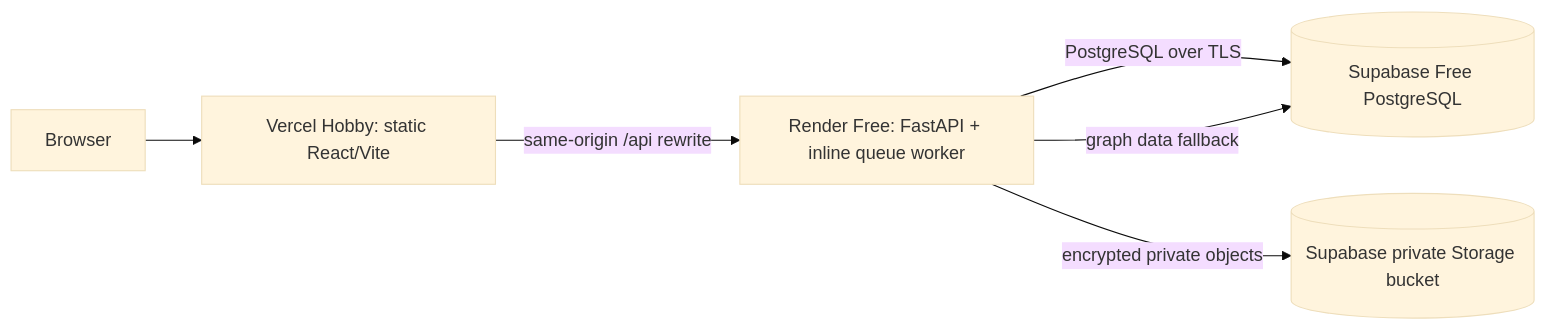
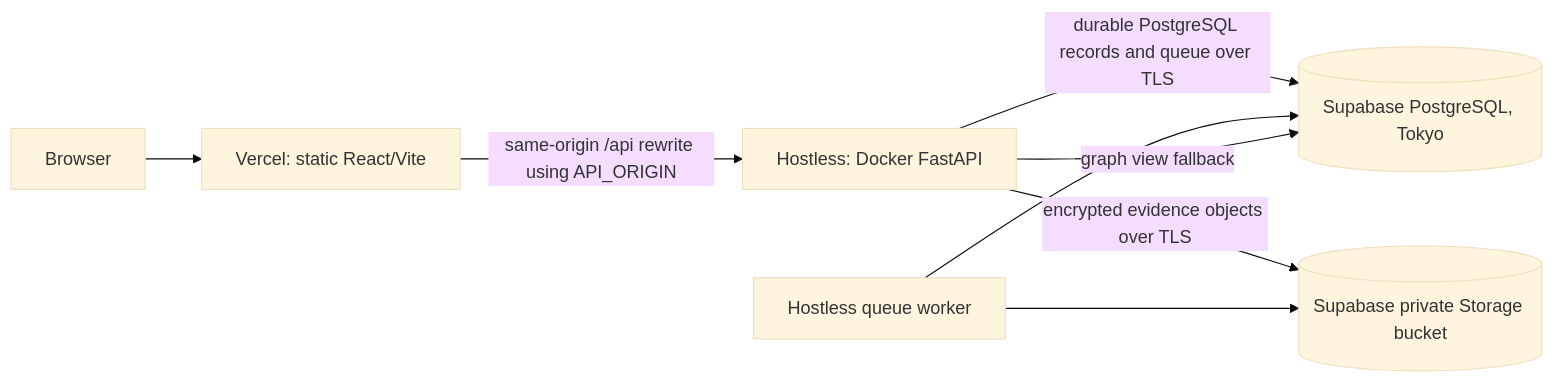
One commit to gaurvit06/RSIACDP changed the diagram in FREE_DEPLOYMENT.md. Above: the diagram before and after it, drawn with Mermaid (base theme). The commit also changed other lines of this file and 12 other files, not shown here.

````diff
--- a/FREE_DEPLOYMENT.md
+++ b/FREE_DEPLOYMENT.md
@@ -33,8 +27,10 @@
 ```mermaid
 flowchart LR
-    B[Browser] --> V[Vercel Hobby: static React/Vite]
-    V -->|same-origin /api rewrite| R[Render Free: FastAPI + inline queue worker]
-    R -->|PostgreSQL over TLS| S[(Supabase Free PostgreSQL)]
-    R -->|encrypted private objects| O[(Supabase private Storage bucket)]
-    R -->|graph data fallback| S
+    B[Browser] --> V[Vercel: static React/Vite]
+    V -->|same-origin /api rewrite using API_ORIGIN| H[Hostless: Docker FastAPI]
+    H -->|durable PostgreSQL records and queue over TLS| S[(Supabase PostgreSQL, Tokyo)]
+    H -->|encrypted evidence objects over TLS| O[(Supabase private Storage bucket)]
+    W[Hostless queue worker] --> S
+    W --> O
+    H -->|graph view fallback| S
 ```
````
